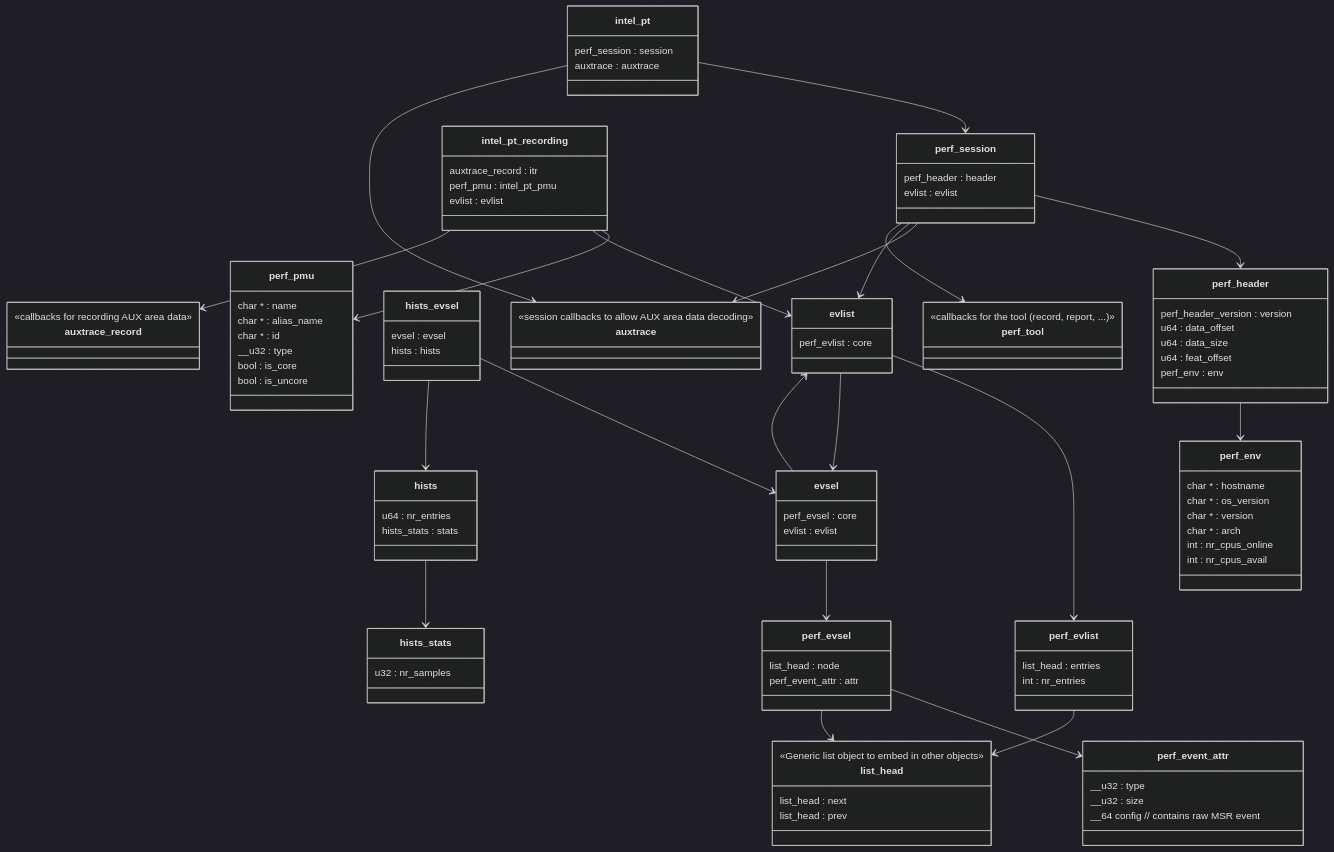
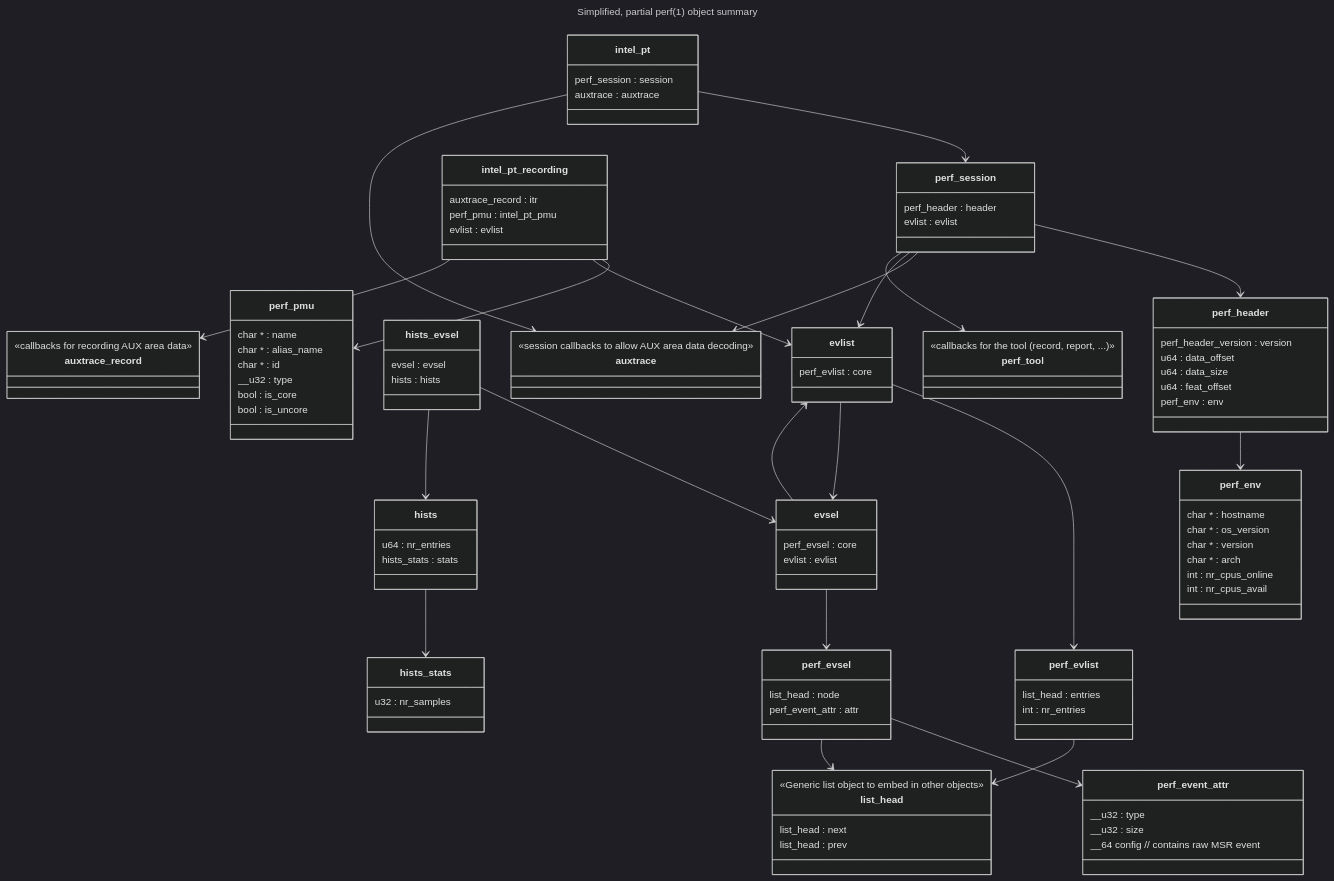
One commit to jamesodhunt/foo changed the diagram in mermaid-classes-2.md. Above: the diagram before and after it, drawn with Mermaid (dark theme).

````diff
--- a/mermaid-classes-2.md
+++ b/mermaid-classes-2.md
@@ -1,5 +1,7 @@
 ```mermaid
-
+---
+title: Simplified, partial perf(1) object summary
+---
 classDiagram
     class evlist {
       perf_evlist : core
````
